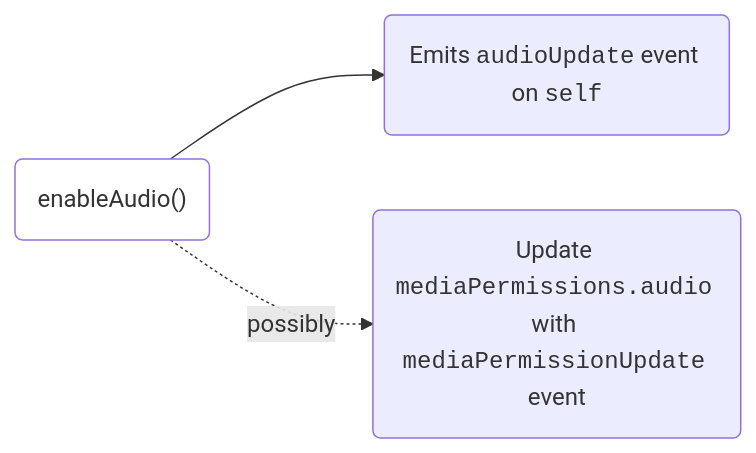
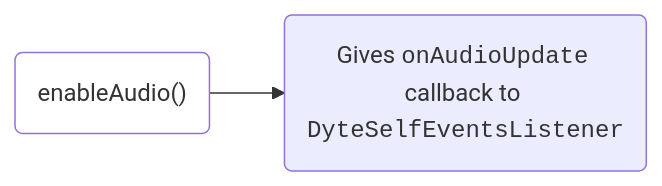
One commit to dyte-io/docs changed the first of 2 diagrams in docs/android-core-new/pre-call/1-media-preview.mdx. Above: the diagram before and after it, drawn with Mermaid. The commit also changed other lines of this file and 6 other files, not shown here.

````diff
--- a/docs/android-core-new/pre-call/1-media-preview.mdx
+++ b/docs/android-core-new/pre-call/1-media-preview.mdx
@@ -30,9 +31,8 @@
 ```mermaid
 flowchart LR
     classDef basic fill:white;
 
-    eam("enableAudio()") --> success("Emits <code>audioUpdate</code> event on <code>self</code>")
-    eam -. possibly .-> indirect("Update <code>mediaPermissions.audio</code> with <code>mediaPermissionUpdate</code> event")
+    eam("enableAudio()") --> success("Gives <code>onAudioUpdate</code> callback to <code>DyteSelfEventsListener</code>")
 
     class eam basic;
 ```
````
